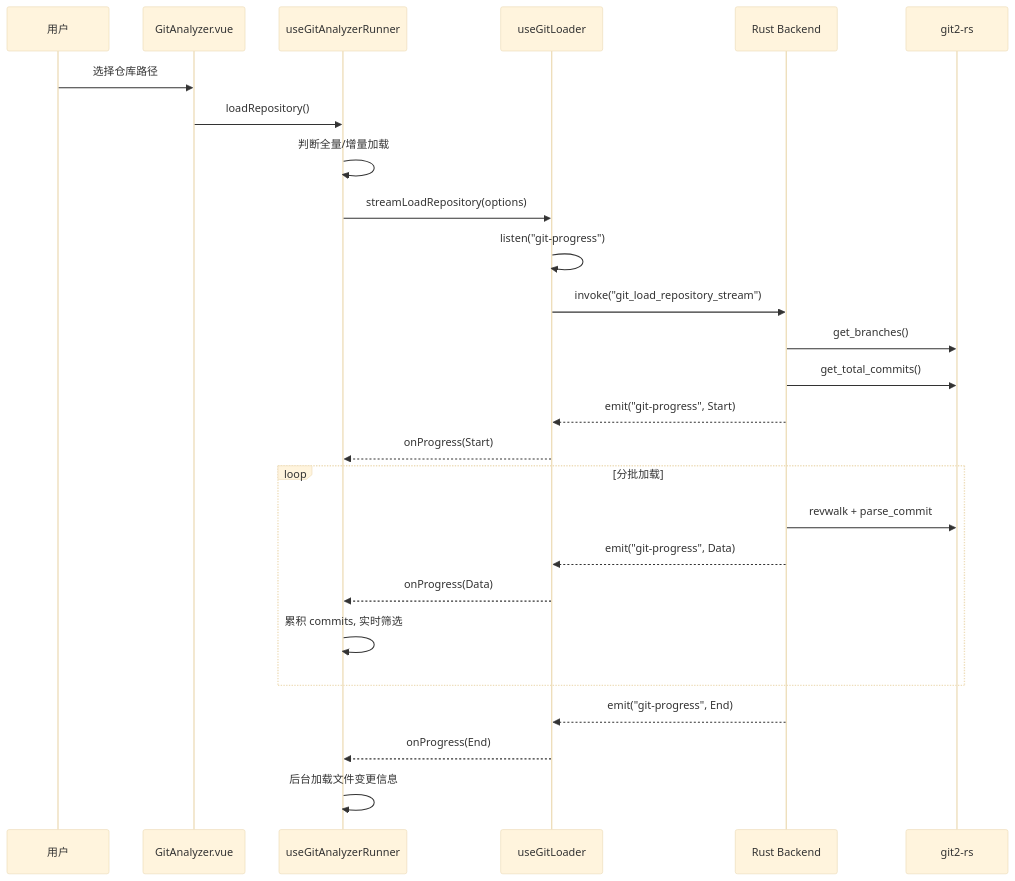
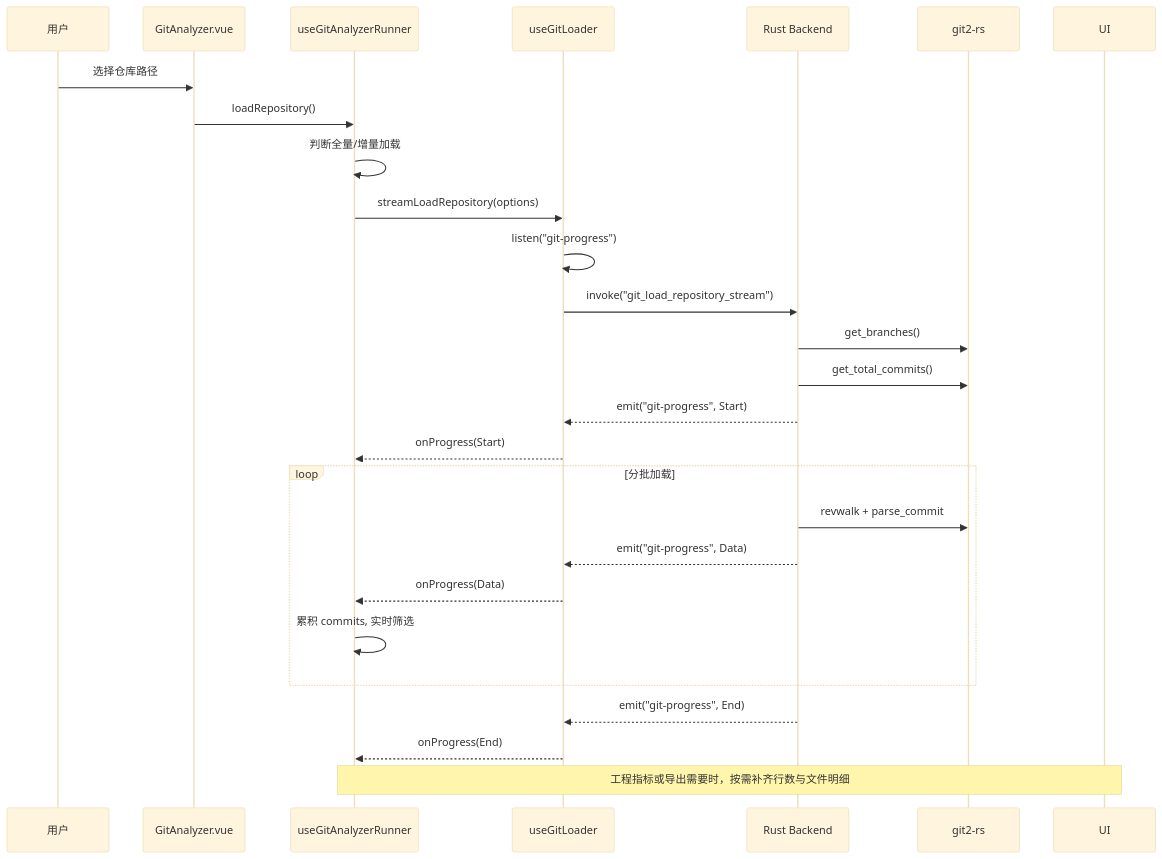
Before and after one commit to miaotouy/aio-hub: the diagram in src/tools/git-analyzer/ARCHITECTURE.md, drawn with Mermaid (base theme). The commit also changed other lines of this file and 15 other files, not shown here.

````diff
--- a/src/tools/git-analyzer/ARCHITECTURE.md
+++ b/src/tools/git-analyzer/ARCHITECTURE.md
@@ -102,32 +103,32 @@
 ```mermaid
 sequenceDiagram
     participant User as 用户
     participant View as GitAnalyzer.vue
     participant Runner as useGitAnalyzerRunner
     participant Loader as useGitLoader
     participant Rust as Rust Backend
     participant git2 as git2-rs
 
     User->>View: 选择仓库路径
     View->>Runner: loadRepository()
     Runner->>Runner: 判断全量/增量加载
     Runner->>Loader: streamLoadRepository(options)
     Loader->>Loader: listen("git-progress")
     Loader->>Rust: invoke("git_load_repository_stream")
 
     Rust->>git2: get_branches()
     Rust->>git2: get_total_commits()
     Rust-->>Loader: emit("git-progress", Start)
     Loader-->>Runner: onProgress(Start)
 
     loop 分批加载
         Rust->>git2: revwalk + parse_commit
         Rust-->>Loader: emit("git-progress", Data)
         Loader-->>Runner: onProgress(Data)
         Runner->>Runner: 累积 commits, 实时筛选
     end
 
     Rust-->>Loader: emit("git-progress", End)
     Loader-->>Runner: onProgress(End)
-    Runner->>Runner: 后台加载文件变更信息
+    Note over UI,Runner: 工程指标或导出需要时，按需补齐行数与文件明细
 ```
````
